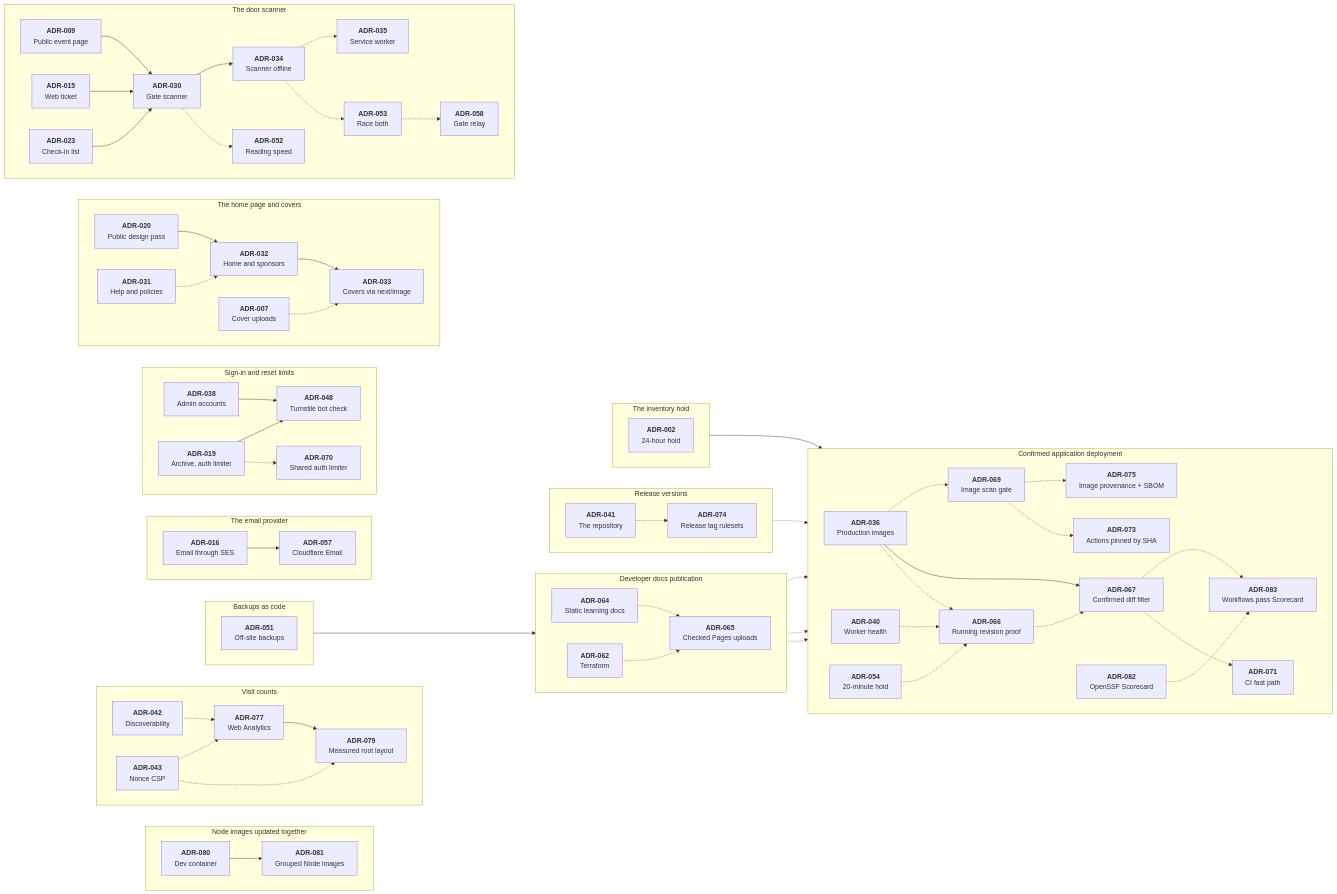
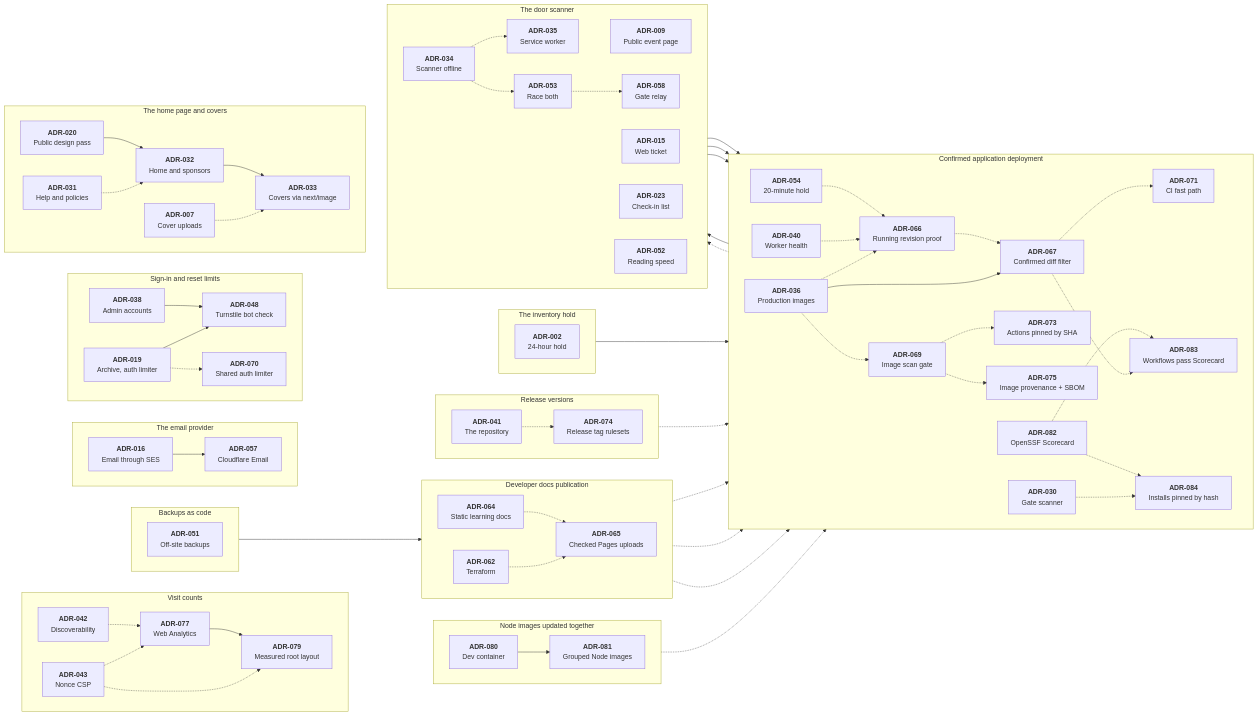
The diagram in docs/decisions/README.md (Ashfak-Hossain/EchoAndAura), drawn with Mermaid before and after one commit. The commit also changed other lines of this file and 18 other files, not shown here.

```diff
--- a/docs/decisions/README.md
+++ b/docs/decisions/README.md
@@ -93,6 +93,8 @@
         OpenSSF Scorecard`"]
         a083["`**ADR-083**
         Workflows pass Scorecard`"]
+        a084["`**ADR-084**
+        Installs pinned by hash`"]
         a036 -.-> a066
         a040 -.-> a066
         a054 -.-> a066
@@ -107,6 +109,9 @@
         a069 -.-> a075
         a067 -.-> a083
         a082 -.-> a083
+        a030 -.-> a084
+        a081 -.-> a084
+        a082 -.-> a084
     end
     %% Mermaid draws the last group on top, so the groups are declared bottom first.
     subgraph analytics ["Visit counts"]
```
